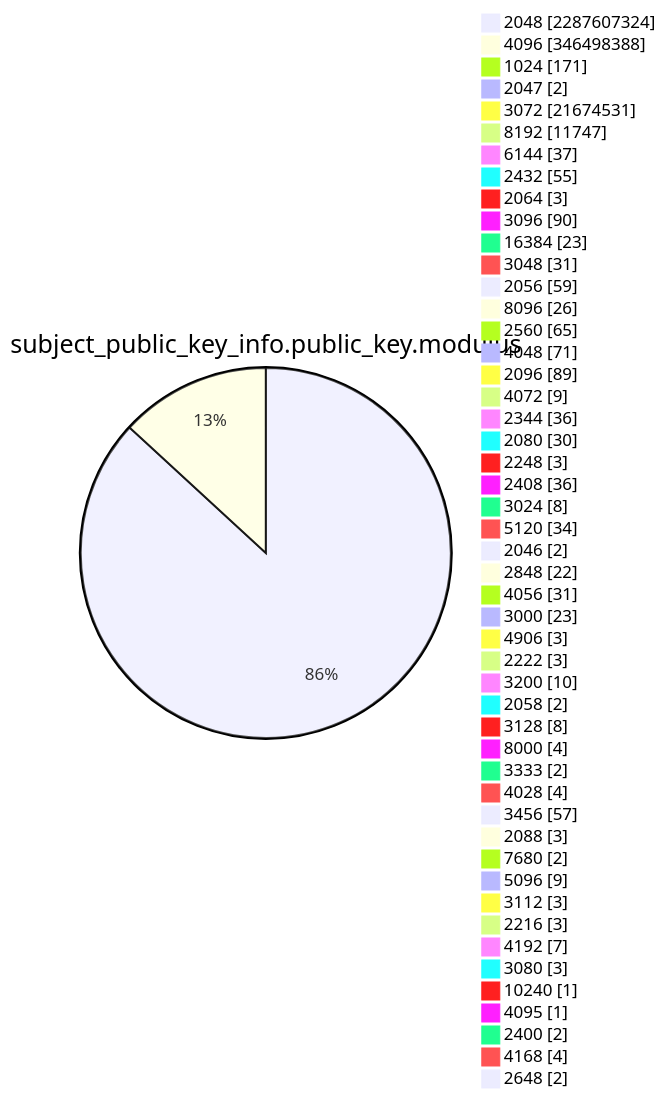
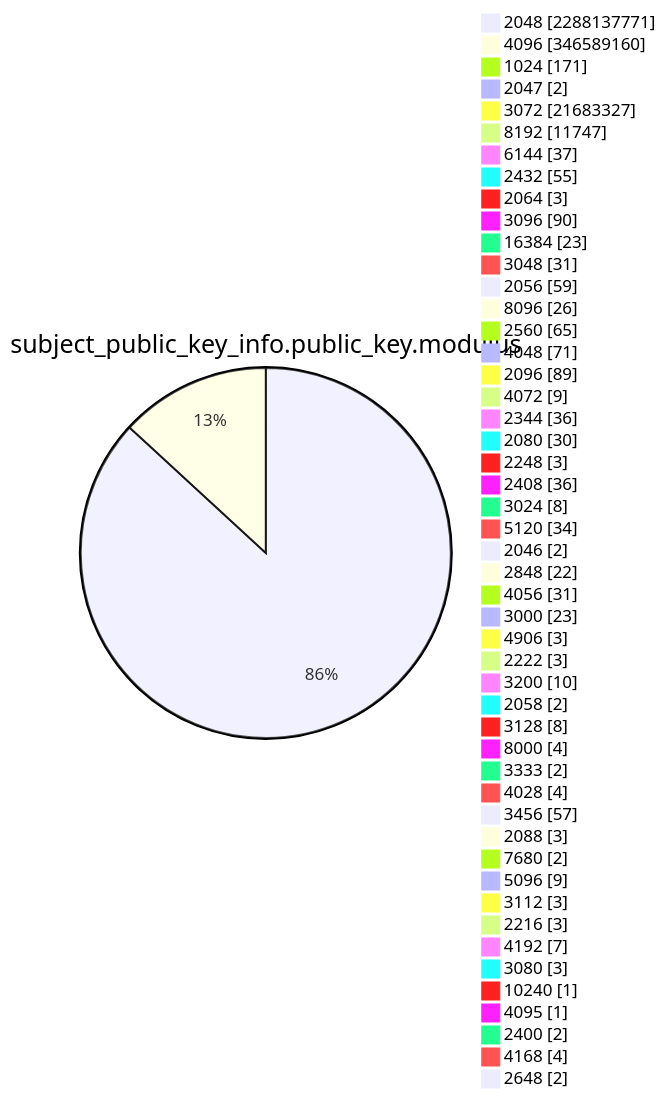
One commit to christiankrug/ctmonitor_visualization changed diagram 13 of 15 in TOTAL/README.md. Above: the diagram before and after it, drawn with Mermaid. The commit also changed other lines of this file, not shown here.

````diff
--- a/TOTAL/README.md
+++ b/TOTAL/README.md
@@ -4165,53 +4165,53 @@
 ```mermaid
 pie showData
 title subject_public_key_info.public_key.modulus
-"2048" :2287607324
-"4096" :346498388
+"2048" :2288137771
+"4096" :346589160
 "1024" :171
 "2047" :2
-"3072" :21674531
+"3072" :21683327
 "8192" :11747
 "6144" :37
 "2432" :55
 "2064" :3
 "3096" :90
 "16384" :23
 "3048" :31
 "2056" :59
 "8096" :26
 "2560" :65
 "4048" :71
 "2096" :89
 "4072" :9
 "2344" :36
 "2080" :30
 "2248" :3
 "2408" :36
 "3024" :8
 "5120" :34
 "2046" :2
 "2848" :22
 "4056" :31
 "3000" :23
 "4906" :3
 "2222" :3
 "3200" :10
 "2058" :2
 "3128" :8
 "8000" :4
 "3333" :2
 "4028" :4
 "3456" :57
 "2088" :3
 "7680" :2
 "5096" :9
 "3112" :3
 "2216" :3
 "4192" :7
 "3080" :3
 "10240" :1
 "4095" :1
 "2400" :2
 "4168" :4
 "2648" :2
 ```
````
